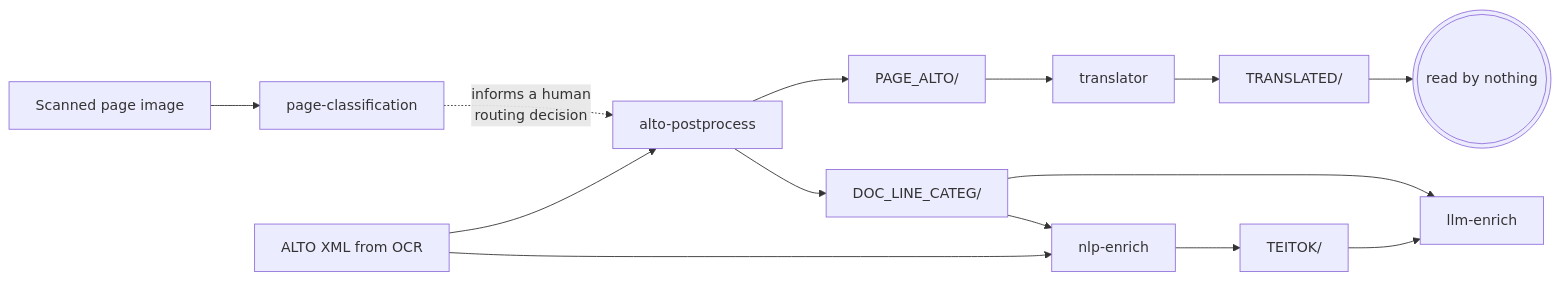
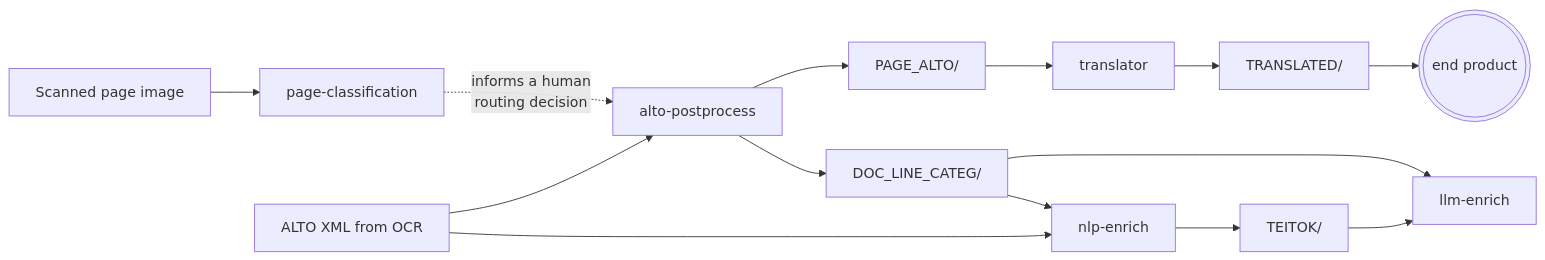
One commit to ufal/atrium-project changed the first of 2 diagrams in docs_site/pipelines.md. Above: the diagram before and after it, drawn with Mermaid. The commit also changed other lines of this file and 19 other files, not shown here.

````diff
--- a/docs_site/pipelines.md
+++ b/docs_site/pipelines.md
@@ -44,16 +61,16 @@
 ```mermaid
 flowchart LR
   SCAN[Scanned page image] --> PC[page-classification]
   PC -. informs a human<br/>routing decision .-> ALTO[alto-postprocess]
   OCR[ALTO XML from OCR] --> ALTO
   ALTO --> PA[PAGE_ALTO/]
   ALTO --> DLC[DOC_LINE_CATEG/]
   PA --> TR[translator]
   TR --> TXL[TRANSLATED/]
-  TXL --> DEAD(((read by nothing)))
+  TXL --> END(((end product)))
   DLC --> NLP[nlp-enrich]
   OCR --> NLP
   DLC --> LLM[llm-enrich]
   NLP --> TT[TEITOK/]
   TT --> LLM
 ```
````
